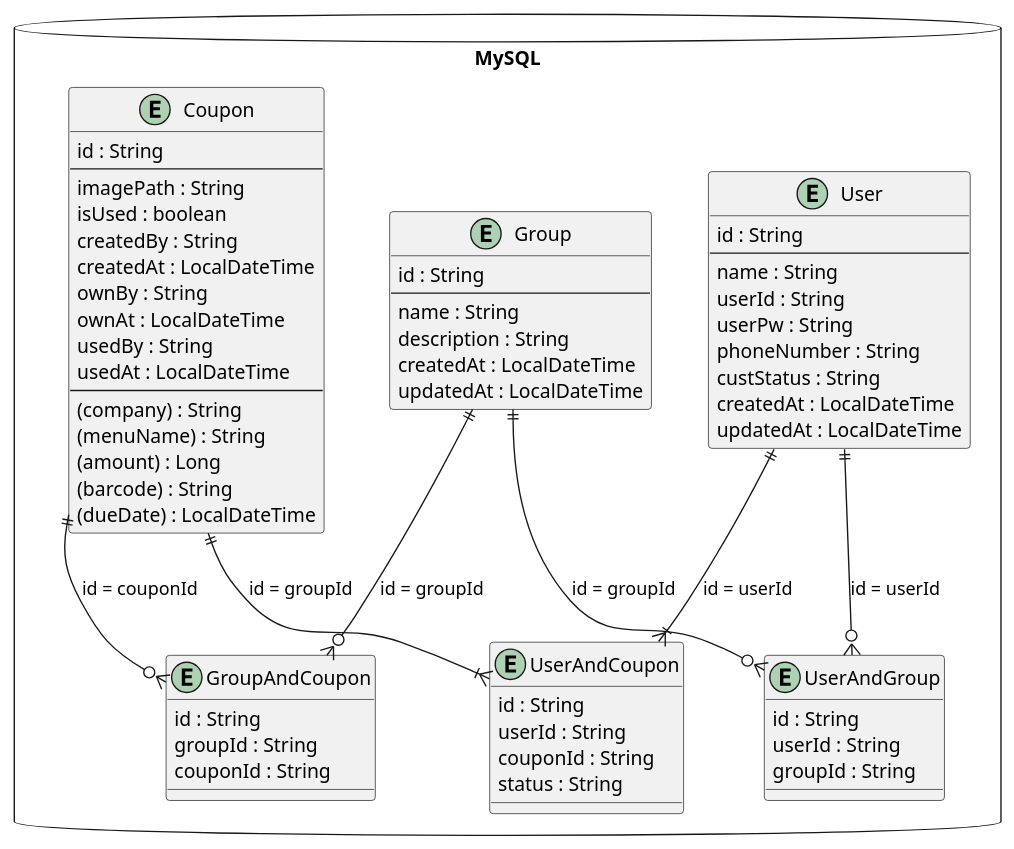
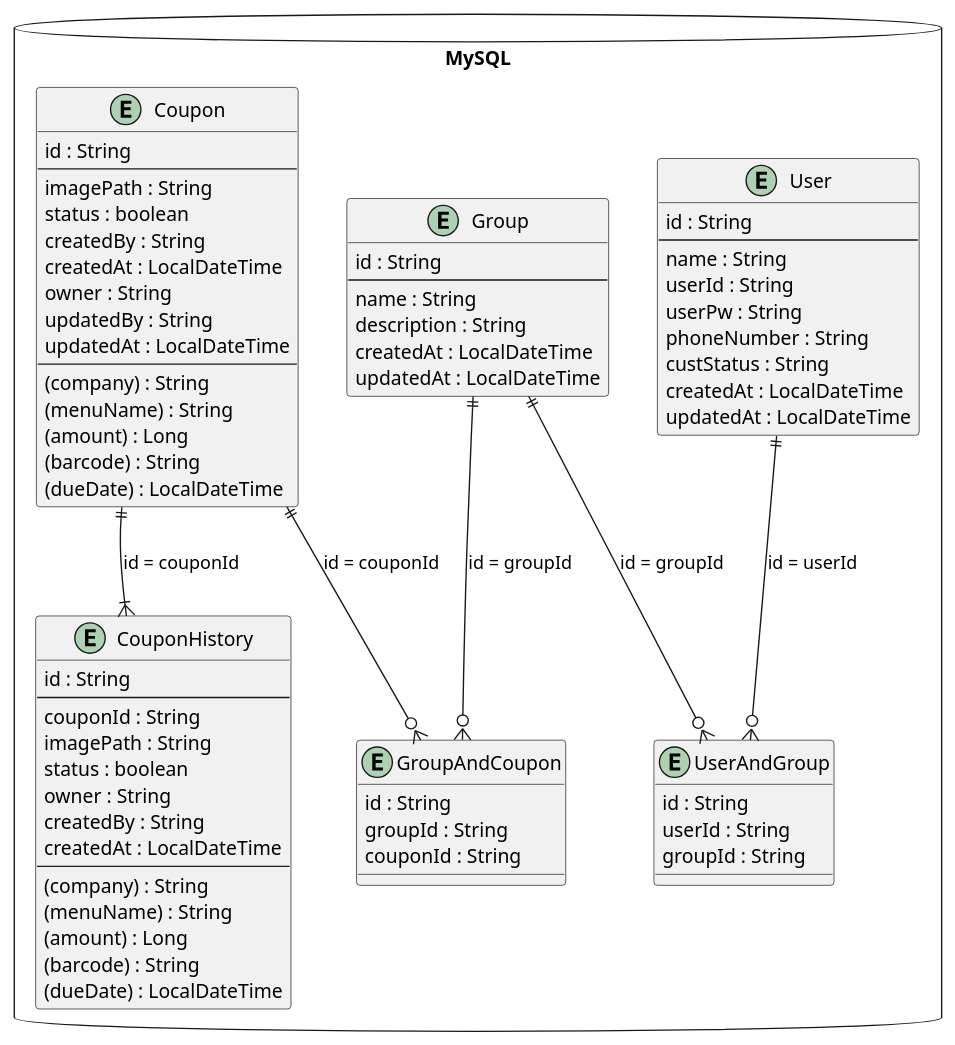
One commit to yesjehmi/coupon-service changed the diagram in ERD_ver1.1.puml. Above: the diagram before and after it, drawn with PlantUML.

Commit message:
docs : erd 수정
UserCoupon 삭제 및 CouponHistory 추가.

```diff
--- a/ERD_ver1.1.puml
+++ b/ERD_ver1.1.puml
@@ -1,75 +1,83 @@
 @startuml
 'https://plantuml.com/class-diagram
 
 
 database MySQL{
     entity User {
         id : String
         ---
         name : String
         userId : String
         userPw : String
         phoneNumber : String
         custStatus : String
         createdAt : LocalDateTime
         updatedAt : LocalDateTime
     }
 
     entity Group {
         id : String
         ---
         name : String
         description : String
         createdAt : LocalDateTime
         updatedAt : LocalDateTime
     }
 
     entity Coupon {
         id : String
         ---
         imagePath : String
-        isUsed : boolean
+        status : boolean
         createdBy : String
         createdAt : LocalDateTime
-        ownBy : String
-        ownAt : LocalDateTime
-        usedBy : String
-        usedAt : LocalDateTime
+        owner : String
+        updatedBy : String
+        updatedAt : LocalDateTime
+        ---
+        (company) : String
+        (menuName) : String
+        (amount) : Long
+        (barcode) : String
+        (dueDate) : LocalDateTime
+    }
+
+    entity CouponHistory {
+        id : String
+        ---
+        couponId : String
+        imagePath : String
+        status : boolean
+        owner : String
+        createdBy : String
+        createdAt : LocalDateTime
         ---
         (company) : String
         (menuName) : String
         (amount) : Long
         (barcode) : String
         (dueDate) : LocalDateTime
     }
 
     entity UserAndGroup {
         id : String
         userId : String
         groupId : String
     }
 
     entity GroupAndCoupon {
         id : String
         groupId : String
         couponId : String
     }
-
-    entity UserAndCoupon {
-        id : String
-        userId : String
-        couponId : String
-        status : String
-    }
 }
 
 Group ||--o{ GroupAndCoupon : id = groupId
 Coupon ||--o{ GroupAndCoupon : id = couponId
 User ||--o{ UserAndGroup : id = userId
 Group ||--o{ UserAndGroup : id = groupId
 
-User ||--|{ UserAndCoupon : id = userId
-Coupon ||--|{ UserAndCoupon : id = groupId
+Coupon ||--|{ CouponHistory : id = couponId
 
 
 @enduml
```
